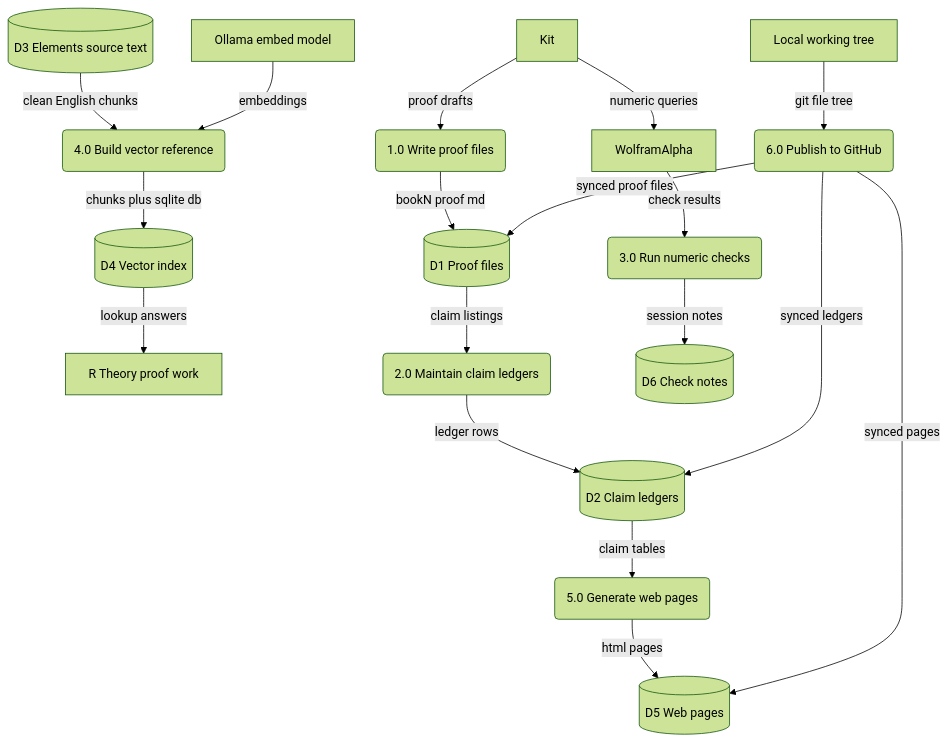
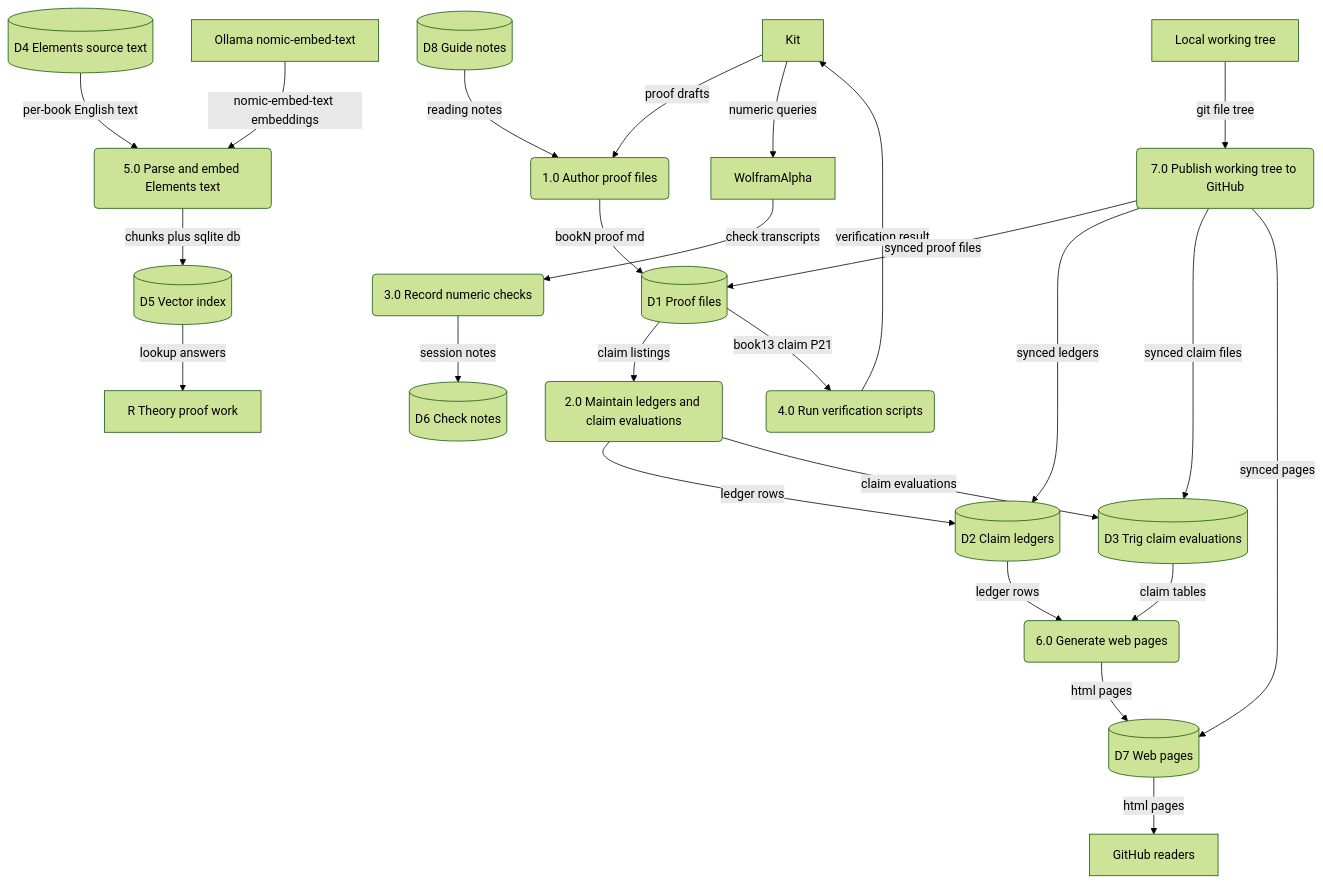
The second of 3 diagrams in docs/architecture.md (cosbykit-afk/euclid-proofs), drawn with Mermaid (forest theme) before and after one commit. The commit also changed other lines of this file, not shown here.

Commit message:
docs: improve architecture diagrams — grounded context, DFD, and ERD

````diff
--- a/docs/architecture.md
+++ b/docs/architecture.md
@@ -23,37 +35,48 @@
 ```mermaid
 flowchart
     E1["Kit"]
     E2["WolframAlpha"]
-    E3["Ollama embed model"]
+    E3["Ollama nomic-embed-text"]
     E4["R Theory proof work"]
-    E5["Local working tree"]
-    P1("1.0 Write proof files")
-    P2("2.0 Maintain claim ledgers")
-    P3("3.0 Run numeric checks")
-    P4("4.0 Build vector reference")
-    P5("5.0 Generate web pages")
-    P6("6.0 Publish to GitHub")
+    E5["GitHub readers"]
+    E6["Local working tree"]
+    P1("1.0 Author proof files")
+    P2("2.0 Maintain ledgers and claim evaluations")
+    P3("3.0 Record numeric checks")
+    P4("4.0 Run verification scripts")
+    P5("5.0 Parse and embed Elements text")
+    P6("6.0 Generate web pages")
+    P7("7.0 Publish working tree to GitHub")
     D1[("D1 Proof files")]
     D2[("D2 Claim ledgers")]
-    D3[("D3 Elements source text")]
-    D4[("D4 Vector index")]
-    D5[("D5 Web pages")]
+    D3[("D3 Trig claim evaluations")]
+    D4[("D4 Elements source text")]
+    D5[("D5 Vector index")]
     D6[("D6 Check notes")]
+    D7[("D7 Web pages")]
+    D8[("D8 Guide notes")]
     E1 -->|"proof drafts"| P1
+    D8 -->|"reading notes"| P1
     P1 -->|"bookN proof md"| D1
     D1 -->|"claim listings"| P2
     P2 -->|"ledger rows"| D2
+    P2 -->|"claim evaluations"| D3
     E1 -->|"numeric queries"| E2
-    E2 -->|"check results"| P3
+    E2 -->|"check transcripts"| P3
     P3 -->|"session notes"| D6
-    D3 -->|"clean English chunks"| P4
-    E3 -->|"embeddings"| P4
-    P4 -->|"chunks plus sqlite db"| D4
-    D4 -->|"lookup answers"| E4
-    D2 -->|"claim tables"| P5
-    P5 -->|"html pages"| D5
-    E5 -->|"git file tree"| P6
-    P6 -->|"synced proof files"| D1
-    P6 -->|"synced ledgers"| D2
-    P6 -->|"synced pages"| D5
+    D1 -->|"book13 claim P21"| P4
+    P4 -->|"verification result"| E1
+    D4 -->|"per-book English text"| P5
+    E3 -->|"nomic-embed-text embeddings"| P5
+    P5 -->|"chunks plus sqlite db"| D5
+    D5 -->|"lookup answers"| E4
+    D2 -->|"ledger rows"| P6
+    D3 -->|"claim tables"| P6
+    P6 -->|"html pages"| D7
+    D7 -->|"html pages"| E5
+    E6 -->|"git file tree"| P7
+    P7 -->|"synced proof files"| D1
+    P7 -->|"synced ledgers"| D2
+    P7 -->|"synced claim files"| D3
+    P7 -->|"synced pages"| D7
 ```
````
